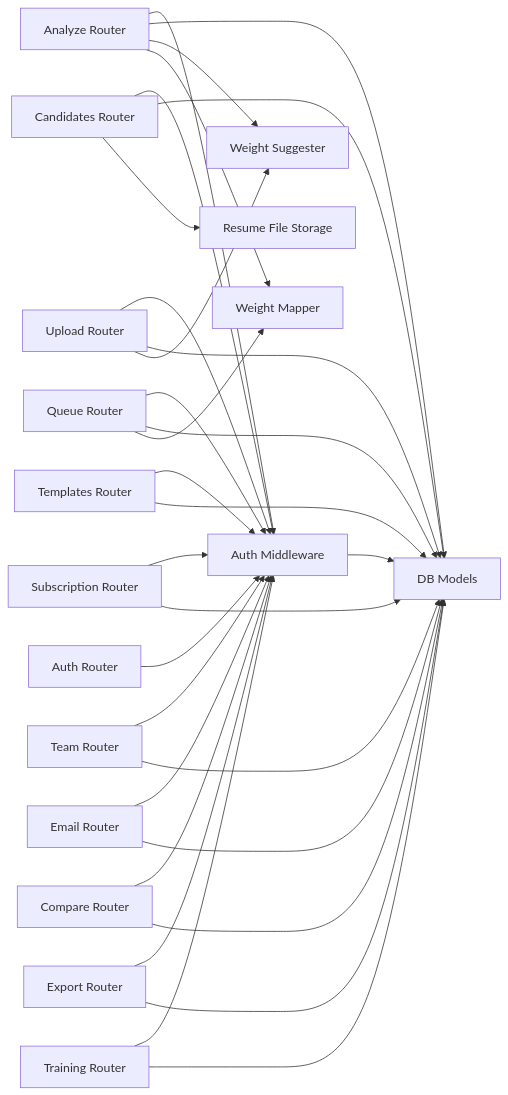
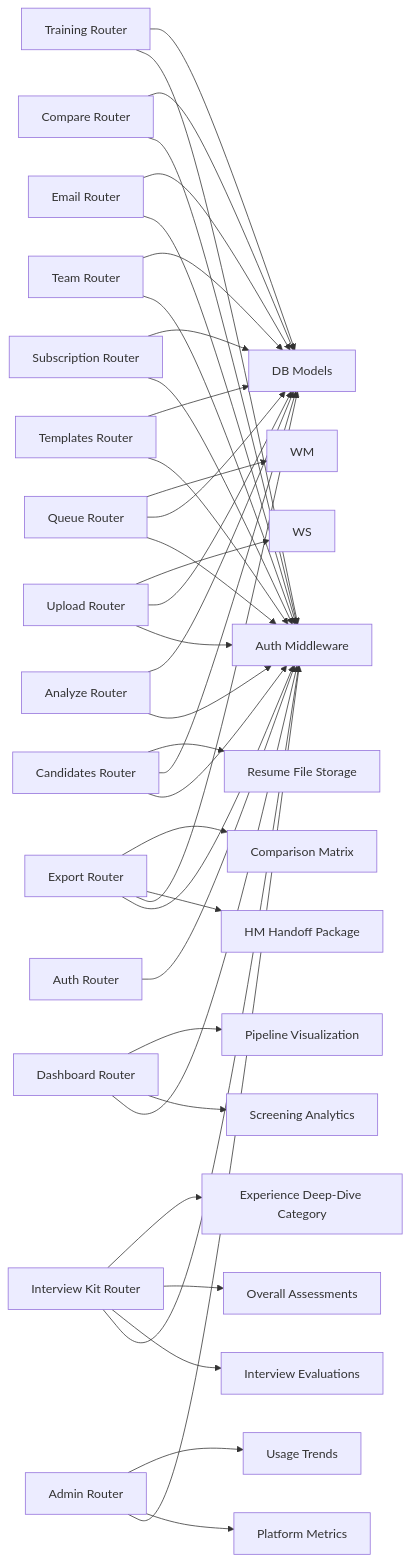
Before and after one commit to Revanththetalogics/aireume: the third of 4 diagrams in .qoder/repowiki/en/content/API Reference/API Reference.md, drawn with Mermaid. The commit also changed other lines of this file and 41 other files, not shown here.

````diff
--- a/.qoder/repowiki/en/content/API Reference/API Reference.md
+++ b/.qoder/repowiki/en/content/API Reference/API Reference.md
@@ -556,32 +762,41 @@
 ```mermaid
 graph LR
 AUTH["Auth Router"] --> MW["Auth Middleware"]
 ANALYZE["Analyze Router"] --> MW
 CAND["Candidates Router"] --> MW
 TMPL["Templates Router"] --> MW
 SUB["Subscription Router"] --> MW
 TEAM["Team Router"] --> MW
 EMAIL["Email Router"] --> MW
 COMPARE["Compare Router"] --> MW
 EXPORT["Export Router"] --> MW
 TRAIN["Training Router"] --> MW
 UPLOAD["Upload Router"] --> MW
 QUEUE["Queue Router"] --> MW
+INTKIT["Interview Kit Router"] --> MW
+DASH["Dashboard Router"] --> MW
+ADMIN["Admin Router"] --> MW
 ANALYZE --> DBM["DB Models"]
 UPLOAD --> DBM
 QUEUE --> DBM
 CAND --> DBM
 TMPL --> DBM
 SUB --> DBM
 TEAM --> DBM
 EMAIL --> DBM
 COMPARE --> DBM
 EXPORT --> DBM
 TRAIN --> DBM
-MW --> DBM
-ANALYZE --> WS["Weight Suggester"]
-ANALYZE --> WM["Weight Mapper"]
 UPLOAD --> WS
 QUEUE --> WM
 CAND --> RESUME["Resume File Storage"]
+INTKIT --> EVALS["Interview Evaluations"]
+INTKIT --> OVERALL["Overall Assessments"]
+INTKIT --> EXP_DEEP_DIVE["Experience Deep-Dive Category"]
+DASH --> SCREENING["Screening Analytics"]
+DASH --> PIPELINE["Pipeline Visualization"]
+ADMIN --> METRICS["Platform Metrics"]
+ADMIN --> USAGE["Usage Trends"]
+EXPORT --> HANDOFF["HM Handoff Package"]
+EXPORT --> MATRIX["Comparison Matrix"]
 ```
````
